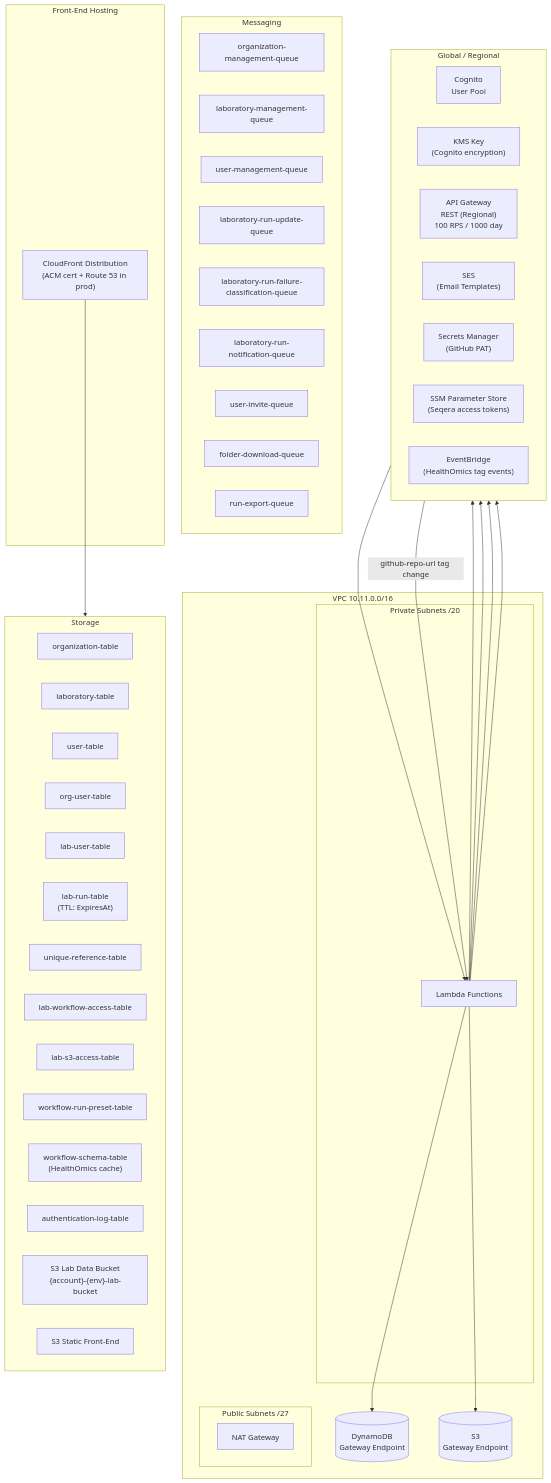
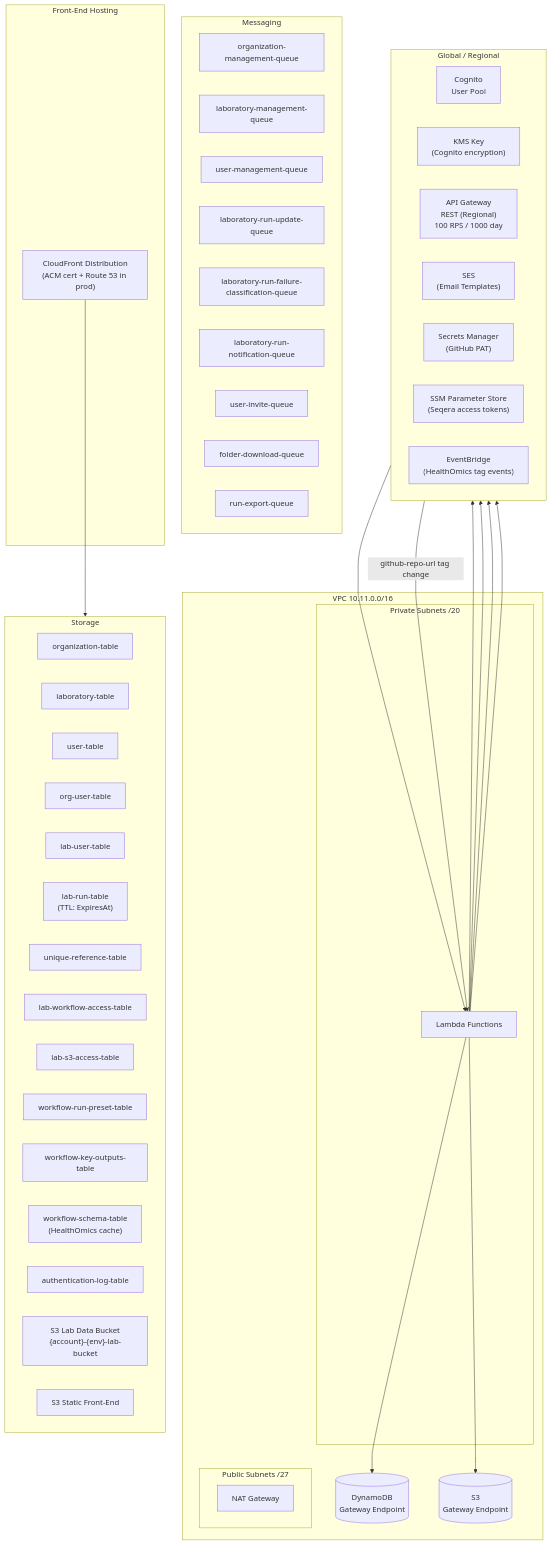
Before and after one commit to twobulls/easy-genomics: the second of 19 diagrams in docs/development/architecture.md, drawn with Mermaid. The commit also changed 57 other files, not shown here.

First line of the commit message:
feat: Declare, download, and deliver HealthOmics workflow key outputs (#976)

````diff
--- a/docs/development/architecture.md
+++ b/docs/development/architecture.md
@@ -122,64 +122,65 @@
 ```mermaid
 graph TB
     subgraph "VPC  10.11.0.0/16"
         subgraph "Public Subnets /27"
             PUB["NAT Gateway"]
         end
         subgraph "Private Subnets /20"
             LAM["Lambda Functions"]
         end
         EP1[("DynamoDB<br/>Gateway Endpoint")]
         EP2[("S3<br/>Gateway Endpoint")]
     end
 
     subgraph "Global / Regional"
         direction LR
         COG["Cognito<br/>User Pool"]
         KMS["KMS Key<br/>(Cognito encryption)"]
         APIGW["API Gateway<br/>REST (Regional)<br/>100 RPS / 1000 day"]
         SES["SES<br/>(Email Templates)"]
         SM["Secrets Manager<br/>(GitHub PAT)"]
         SSM["SSM Parameter Store<br/>(Seqera access tokens)"]
         EB["EventBridge<br/>(HealthOmics tag events)"]
     end
 
     subgraph "Storage"
         direction LR
         DDB1["organization-table"]
         DDB2["laboratory-table"]
         DDB3["user-table"]
         DDB4["org-user-table"]
         DDB5["lab-user-table"]
         DDB6["lab-run-table<br/>(TTL: ExpiresAt)"]
         DDB7["unique-reference-table"]
         DDB8["lab-workflow-access-table"]
         DDB9["lab-s3-access-table"]
         DDB10["workflow-run-preset-table"]
+        DDB10b["workflow-key-outputs-table"]
         DDB11["workflow-schema-table<br/>(HealthOmics cache)"]
         DDB12["authentication-log-table"]
         S3LAB["S3 Lab Data Bucket<br/>{account}-{env}-lab-bucket"]
         S3FE["S3 Static Front-End"]
     end
 
     subgraph "Messaging"
         SQS1["organization-management-queue"]
         SQS2["laboratory-management-queue"]
         SQS3["user-management-queue"]
         SQS4["laboratory-run-update-queue"]
         SQS5["laboratory-run-failure-classification-queue"]
         SQS6["laboratory-run-notification-queue"]
         SQS7["user-invite-queue"]
         SQS8["folder-download-queue"]
         SQS9["run-export-queue"]
     end
 
     subgraph "Front-End Hosting"
         CF["CloudFront Distribution<br/>(ACM cert + Route 53 in prod)"]
         CF --> S3FE
     end
 
     LAM --> EP1 & EP2
     LAM --> COG & SES & SM & SSM
     APIGW --> LAM
     EB -->|"github-repo-url tag change"| LAM
 ```
````
